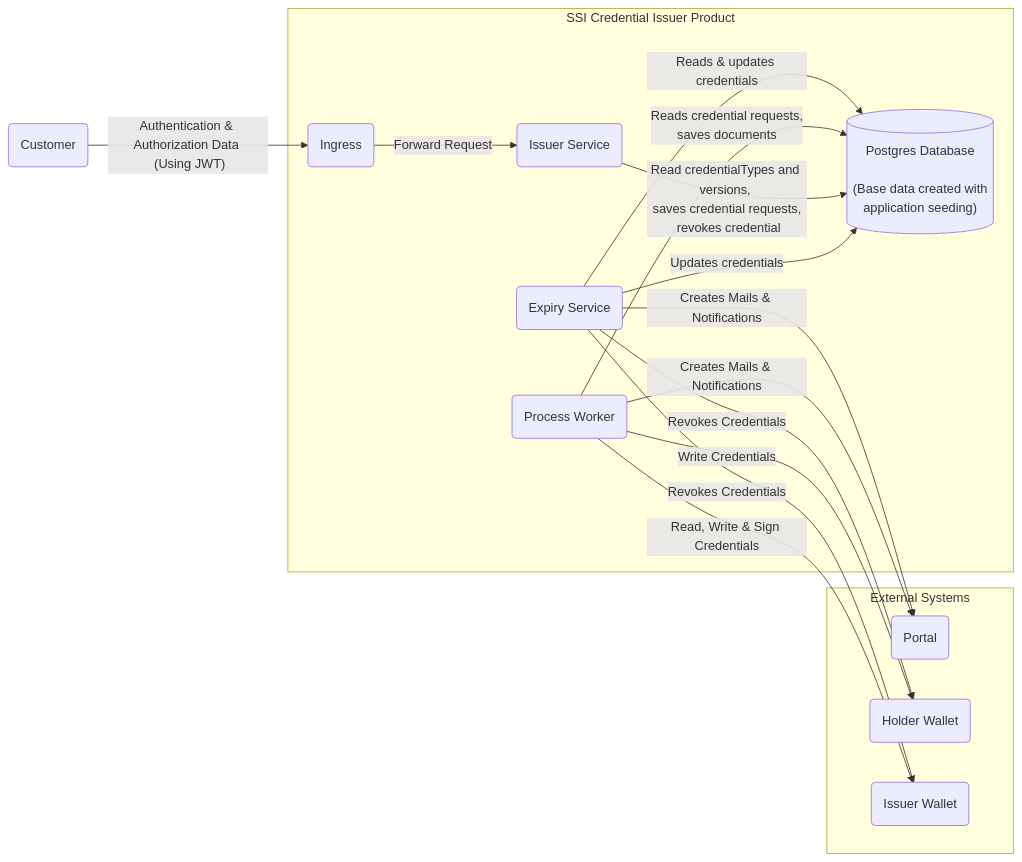
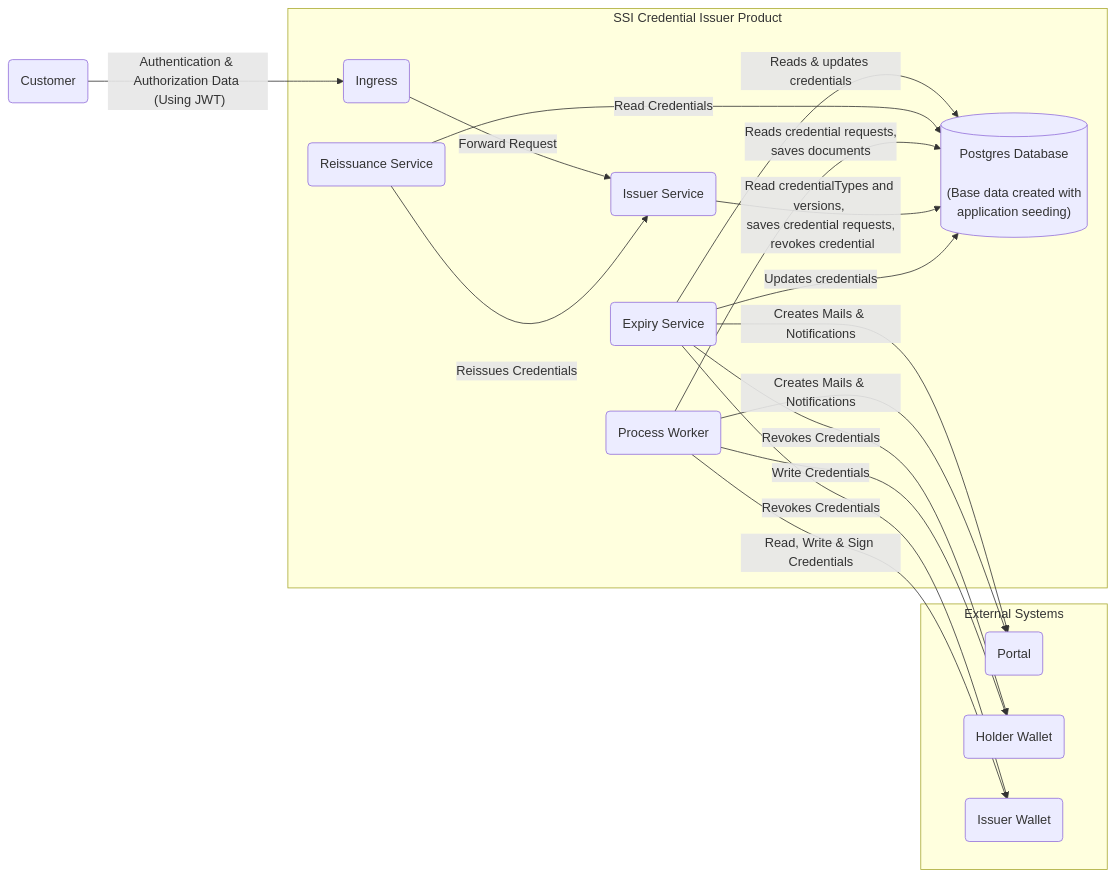
Before and after one commit to eclipse-tractusx/ssi-credential-issuer: the diagram in docs/architecture/05_building_block_view.md, drawn with Mermaid. The commit also changed 47 other files, not shown here.

````diff
--- a/docs/architecture/05_building_block_view.md
+++ b/docs/architecture/05_building_block_view.md
@@ -7,41 +7,45 @@
 ```mermaid
 flowchart LR
 
     C(Customer)
     ING(Ingress)
     IS(Issuer Service)
     ES(Expiry Service)
+    RS(Reissuance Service)
     PW(Process Worker)
     P(Portal)
     HW(Holder Wallet)
     IW(Issuer Wallet)
     PHD[("Postgres Database \n \n (Base data created with \n application seeding)")]
 
     subgraph SSI Credential Issuer Product   
         ING
         PHD
         IS
         ES
+        RS
         PW
     end
 
     subgraph External Systems
         P
         HW
         IW
     end
 
     C-->|"Authentication & Authorization Data \n (Using JWT)"|ING
     ING-->|"Forward Request"|IS
     ES-->|"Revokes Credentials"|IW
     ES-->|"Revokes Credentials"|HW
     ES-->|"Creates Mails & Notifications"|P
     ES-->|"Reads & updates credentials"|PHD
+    RS-->|"Read Credentials"|PHD
+    RS-->|"Reissues Credentials"|IS
     PW-->|"Read, Write & Sign Credentials"|IW
     PW-->|"Write Credentials"|HW
     PW-->|"Creates Mails & Notifications"|P
     PW-->|"Reads credential requests, \n saves documents"|PHD
     IS-->|"Read credentialTypes and versions, \n saves credential requests, \n revokes credential"|PHD
     ES-->|"Updates credentials"|PHD
 
 ```
````
